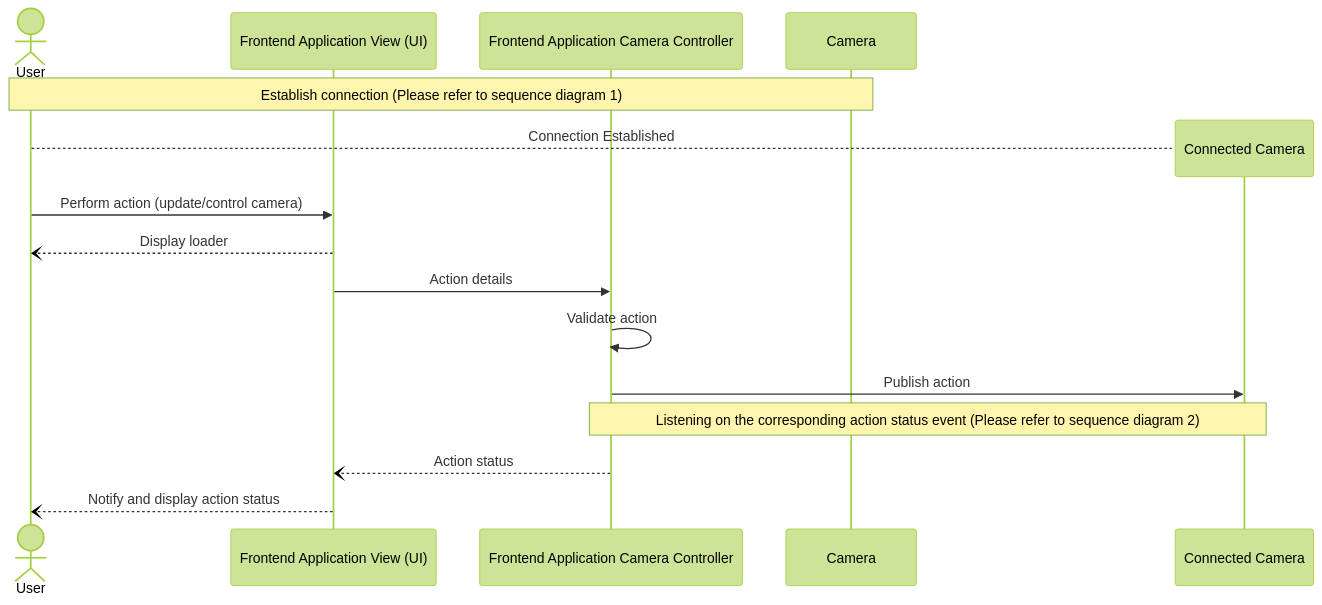
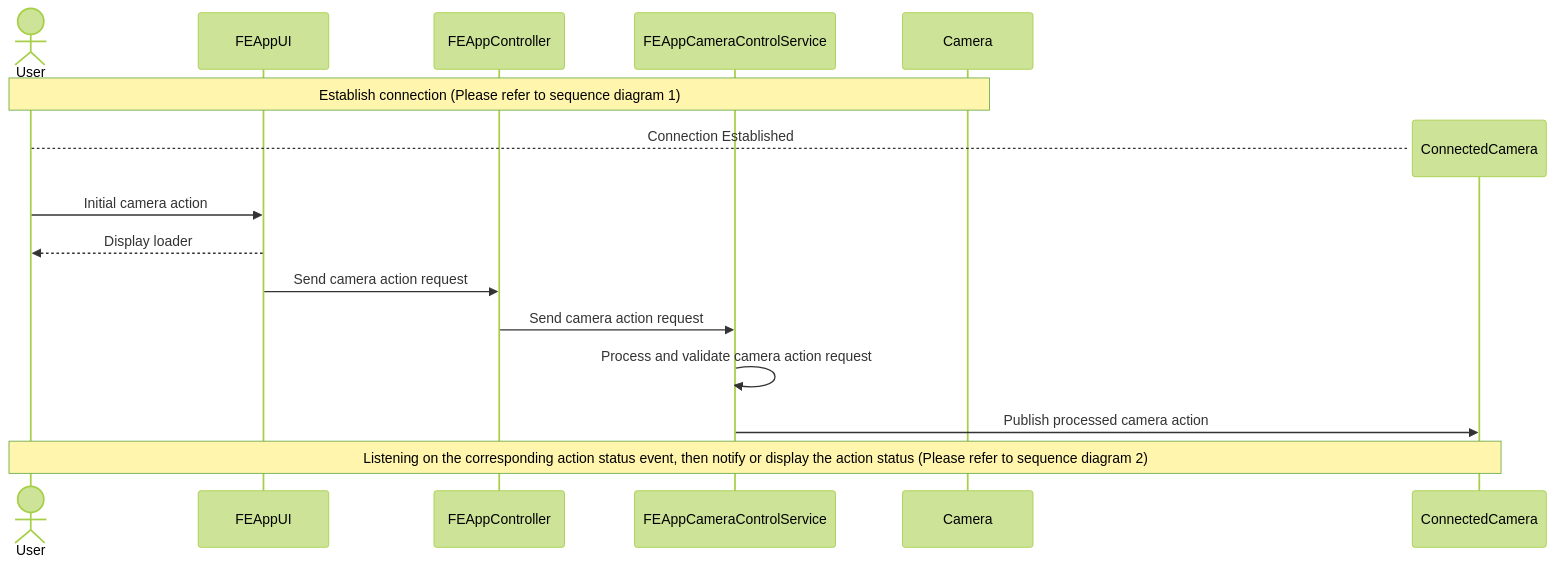
One commit to katocado/architectural-kata-fall-2023 changed the sixth of 9 diagrams in sequence_diagrams.md. Above: the diagram before and after it, drawn with Mermaid (forest theme). The commit also changed other lines of this file, not shown here.

Commit message:
update sequence diagrams

````diff
--- a/sequence_diagrams.md
+++ b/sequence_diagrams.md
@@ -178,27 +230,26 @@
 ```mermaid
 sequenceDiagram
 
     actor User
-    participant FEView As Frontend Application View (UI)
-    participant FECameraController As Frontend Application Camera Controller
+    participant FEAppUI
+    participant FEAppController
+    participant FEAppCameraControlService
     participant Camera
 
     Note over User,Camera: Establish connection (Please refer to sequence diagram 1)
-    create participant ConnectedCamera As Connected Camera
+    create participant ConnectedCamera
     User-->ConnectedCamera: Connection Established
 
-    User->>FEView: Perform action (update/control camera)
-    FEView--)User: Display loader
+    User->>FEAppUI: Initial camera action
+    FEAppUI-->>User: Display loader
 
-    FEView->>FECameraController: Action details
+    FEAppUI->>FEAppController: Send camera action request
 
-    FECameraController->>FECameraController: Validate action
+    FEAppController->>FEAppCameraControlService: Send camera action request
+
+    FEAppCameraControlService->>FEAppCameraControlService: Process and validate camera action request
     
-    FECameraController->>ConnectedCamera: Publish action
-    Note over FECameraController,ConnectedCamera: Listening on the corresponding action status event (Please refer to sequence diagram 2)
-
-    FECameraController--)FEView: Action status
-    
-    FEView--)User: Notify and display action status
+    FEAppCameraControlService->>ConnectedCamera: Publish processed camera action
+    Note over User,ConnectedCamera: Listening on the corresponding action status event, then notify or display the action status (Please refer to sequence diagram 2)
 
 ```
````
